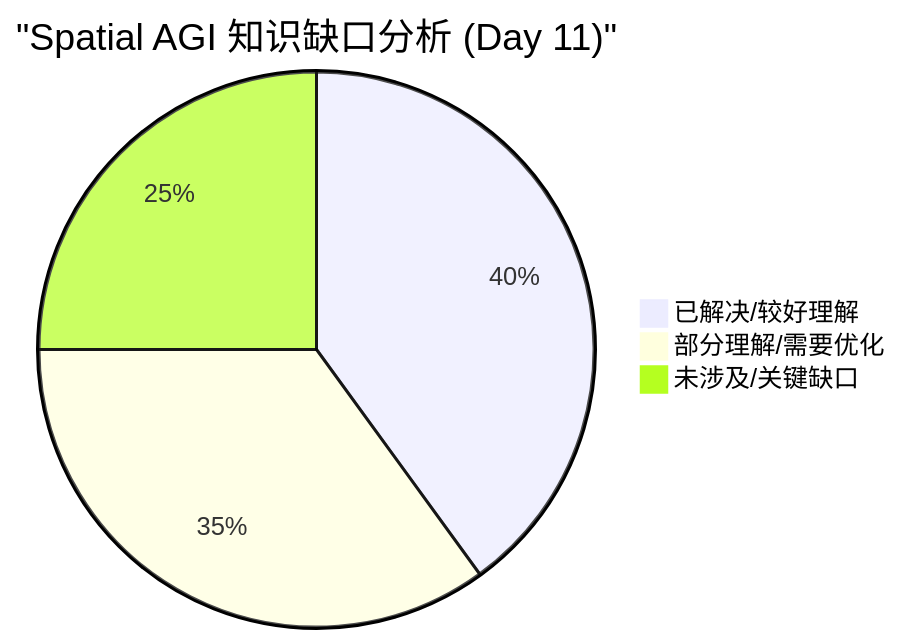
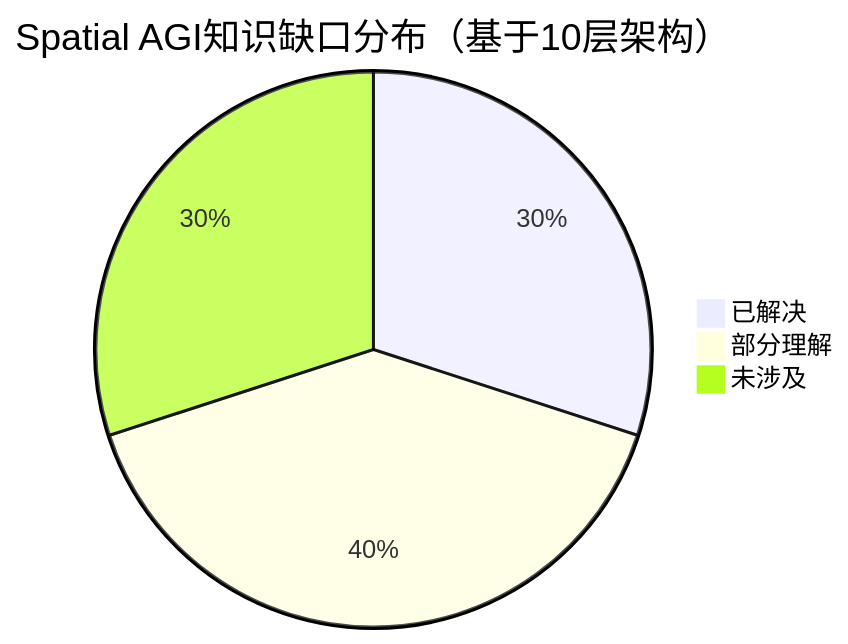
Before and after one commit to ahangchen/spatial_agi: the fifth of 5 diagrams in daily_thinking/2026-05-12.md, drawn with Mermaid. The commit also changed other lines of this file and 1 other file, not shown here.

First line of the commit message:
feat: Spatial AGI Research - 2026-05-12

````diff
--- a/daily_thinking/2026-05-12.md
+++ b/daily_thinking/2026-05-12.md
@@ -100,6 +745,6 @@
 ```mermaid
-pie title "Spatial AGI 知识缺口分析 (Day 11)"
-    "已解决/较好理解" : 40
-    "部分理解/需要优化" : 35
-    "未涉及/关键缺口" : 25
+pie title Spatial AGI知识缺口分布（基于10层架构）
+    "已解决" : 30
+    "部分理解" : 40
+    "未涉及" : 30
 ```
````
